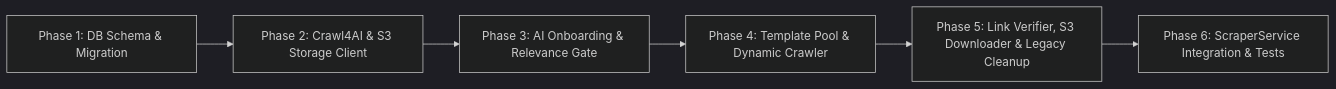
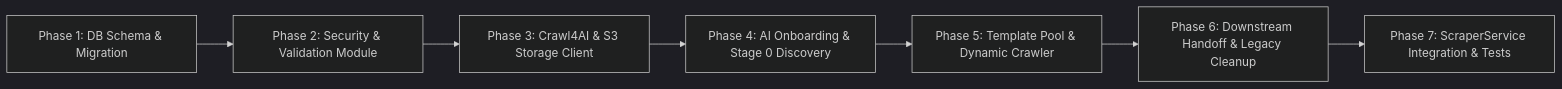
The diagram in docs/reports/scraping_extraction_pipeline/pipeline_specification_report.md (Afaq-Project/Afaq-AI-Service), drawn with Mermaid (dark theme) before and after one commit. The commit also changed other lines of this file and 4 other files, not shown here.

Commit message:
docs(security): specify security and validation module and update pipeline specs

````diff
--- a/docs/reports/scraping_extraction_pipeline/pipeline_specification_report.md
+++ b/docs/reports/scraping_extraction_pipeline/pipeline_specification_report.md
@@ -356,8 +369,9 @@
 ```mermaid
 flowchart LR
-    P1[Phase 1: DB Schema & Migration] --> P2[Phase 2: Crawl4AI & S3 Storage Client]
-    P2 --> P3[Phase 3: AI Onboarding & Relevance Gate]
-    P3 --> P4[Phase 4: Template Pool & Dynamic Crawler]
-    P4 --> P5[Phase 5: Link Verifier, S3 Downloader & Legacy Cleanup]
-    P5 --> P6[Phase 6: ScraperService Integration & Tests]
+    P1[Phase 1: DB Schema & Migration] --> P2[Phase 2: Security & Validation Module]
+    P2 --> P3[Phase 3: Crawl4AI & S3 Storage Client]
+    P3 --> P4[Phase 4: AI Onboarding & Stage 0 Discovery]
+    P4 --> P5[Phase 5: Template Pool & Dynamic Crawler]
+    P5 --> P6[Phase 6: Downstream Handoff & Legacy Cleanup]
+    P6 --> P7[Phase 7: ScraperService Integration & Tests]
 ```
````
